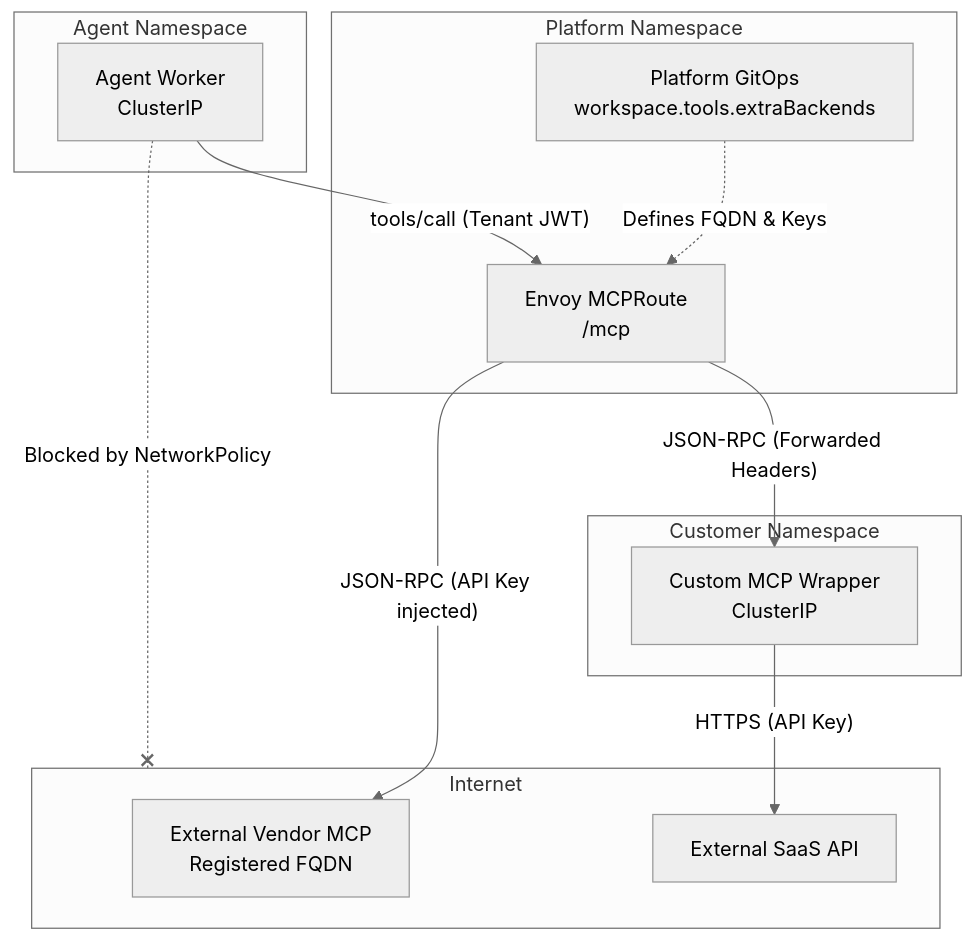
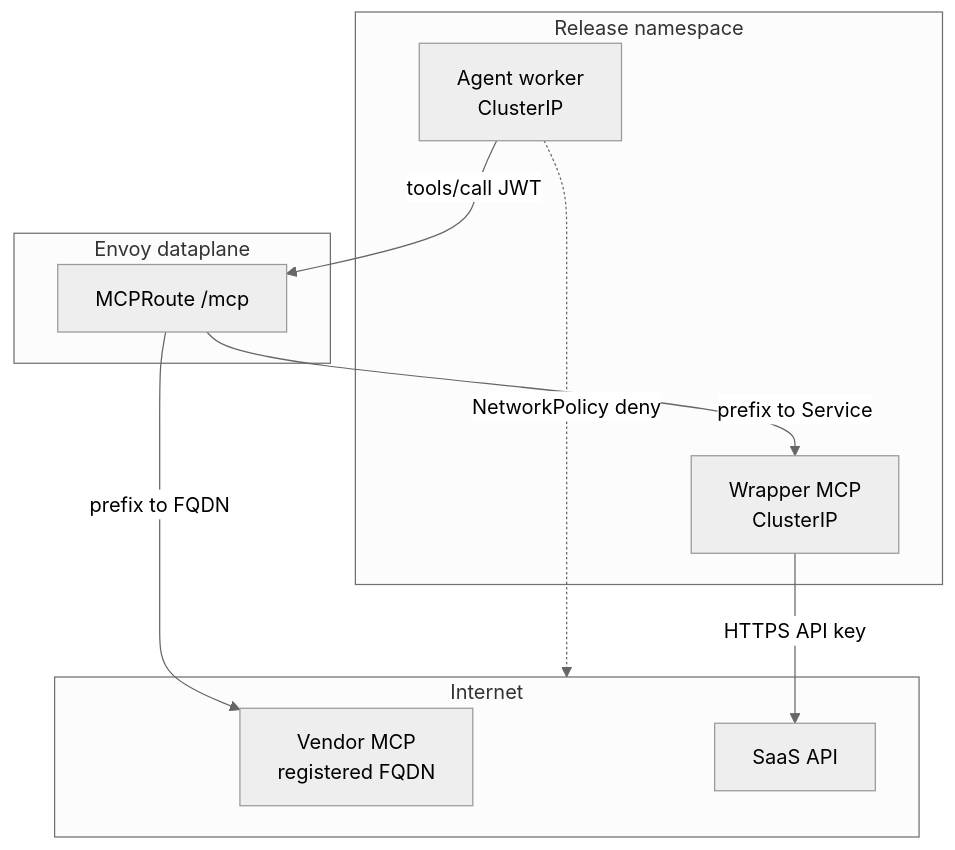
Before and after one commit to devopssquaddev/zelkor-platform: the first of 2 diagrams in docs/architecture-external-mcp.md, drawn with Mermaid.

Commit message:
docs(platform): restore original architecture diagram
Restored the first flowchart diagram exactly as it was in the `main`
branch before the prose rewrite.

````diff
--- a/docs/architecture-external-mcp.md
+++ b/docs/architecture-external-mcp.md
@@ -28,37 +28,24 @@
 ```mermaid
 ---
 config:
   theme: neutral
 ---
 flowchart TB
-  subgraph Agent Namespace
-    Agent[Agent Worker\nClusterIP]
+  subgraph cluster [Release namespace]
+    Agent[Agent worker\nClusterIP]
+    ExtraMCP[Wrapper MCP\nClusterIP]
   end
+  subgraph dataplane [Envoy dataplane]
+    Route[MCPRoute /mcp]
+  end
+  subgraph internet [Internet]
+    VendorMCP[Vendor MCP\nregistered FQDN]
+    SaaSAPI[SaaS API]
+  end
+  Agent -->|"tools/call JWT"| Route
+  Route -->|"prefix to FQDN"| VendorMCP
+  Route -->|"prefix to Service"| ExtraMCP
+  ExtraMCP -->|"HTTPS API key"| SaaSAPI
+  Agent -.->|"NetworkPolicy deny"| internet
 
-  subgraph Platform Namespace
-    MCPGateway[Envoy MCPRoute\n/mcp]
-    GitOps[Platform GitOps\nworkspace.tools.extraBackends]
-  end
-
-  subgraph Customer Namespace
-    ExtraMCP[Custom MCP Wrapper\nClusterIP]
-  end
-  
-  subgraph Internet
-    VendorMCP[External Vendor MCP\nRegistered FQDN]
-    SaaSAPI[External SaaS API]
-  end
-
-  GitOps -. "Defines FQDN & Keys" .-> MCPGateway
-
-  Agent -- "tools/call (Tenant JWT)" --> MCPGateway
-  
-  %% Path 1: Direct FQDN
-  MCPGateway -- "JSON-RPC (API Key injected)" --> VendorMCP
-  
-  %% Path 2: Custom Wrapper
-  MCPGateway -- "JSON-RPC (Forwarded Headers)" --> ExtraMCP
-  ExtraMCP -- "HTTPS (API Key)" --> SaaSAPI
-  
-  Agent -. "Blocked by NetworkPolicy" .-x Internet
 ```
````
